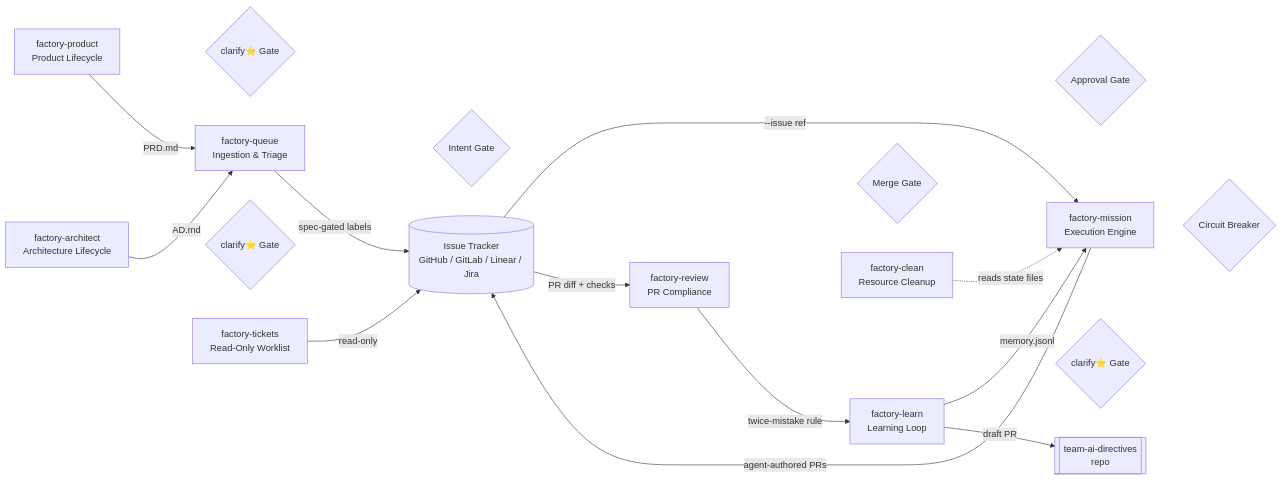
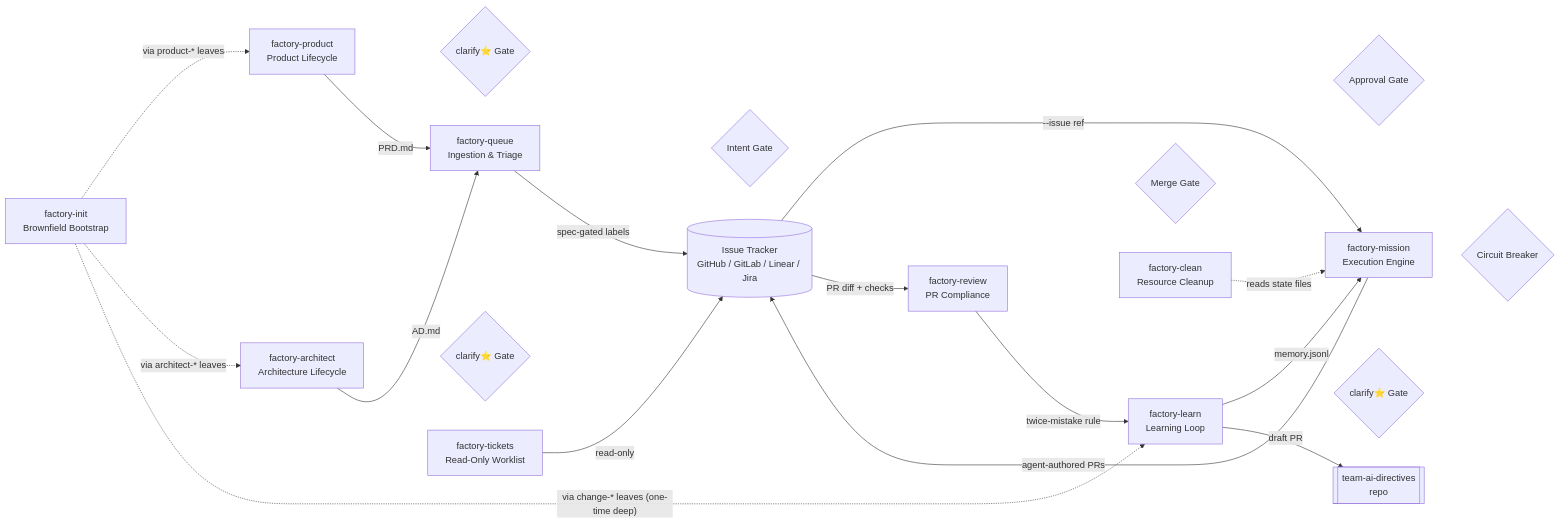
Before and after one commit to tikalk/adlc-team-skills: the diagram in README.md, drawn with Mermaid. The commit also changed other lines of this file and 9 other files, not shown here.

First line of the commit message:
feat(factory-init): unified brownfield bootstrap orchestrator with PDR↔ADR↔ChDR↔code coverage matrix

````diff
--- a/README.md
+++ b/README.md
@@ -295,26 +296,30 @@
 ```mermaid
 flowchart LR
     FQ["factory-queue<br/>Ingestion & Triage"] ~~~ IG{"Intent Gate"}
     FP["factory-product<br/>Product Lifecycle"] ~~~ CG1{"clarify⭐ Gate"}
     FA["factory-architect<br/>Architecture Lifecycle"] ~~~ CG2{"clarify⭐ Gate"}
     FM["factory-mission<br/>Execution Engine"] ~~~ CB{"Circuit Breaker"}
     FR["factory-review<br/>PR Compliance"] ~~~ MG{"Merge Gate"}
     FL["factory-learn<br/>Learning Loop"] ~~~ CG3{"clarify⭐ Gate"}
     FC["factory-clean<br/>Resource Cleanup"] ~~~ UG{"Approval Gate"}
     FT["factory-tickets<br/>Read-Only Worklist"]
+    FI["factory-init<br/>Brownfield Bootstrap"]
 
     TR[("Issue Tracker<br/>GitHub / GitLab / Linear / Jira")]
     TD[["team-ai-directives<br/>repo"]]
 
     FQ -->|"spec-gated labels"| TR
     TR -->|"--issue ref"| FM
     FP -->|"PRD.md"| FQ
     FA -->|"AD.md"| FQ
     FM -->|"agent-authored PRs"| TR
     TR -->|"PR diff + checks"| FR
     FR -->|"twice-mistake rule"| FL
     FL -->|"memory.jsonl"| FM
     FL -->|"draft PR"| TD
     FC -.->|"reads state files"| FM
     FT -->|"read-only"| TR
+    FI -.->|"via product-* leaves"| FP
+    FI -.->|"via architect-* leaves"| FA
+    FI -.->|"via change-* leaves (one-time deep)"| FL
 ```
````
